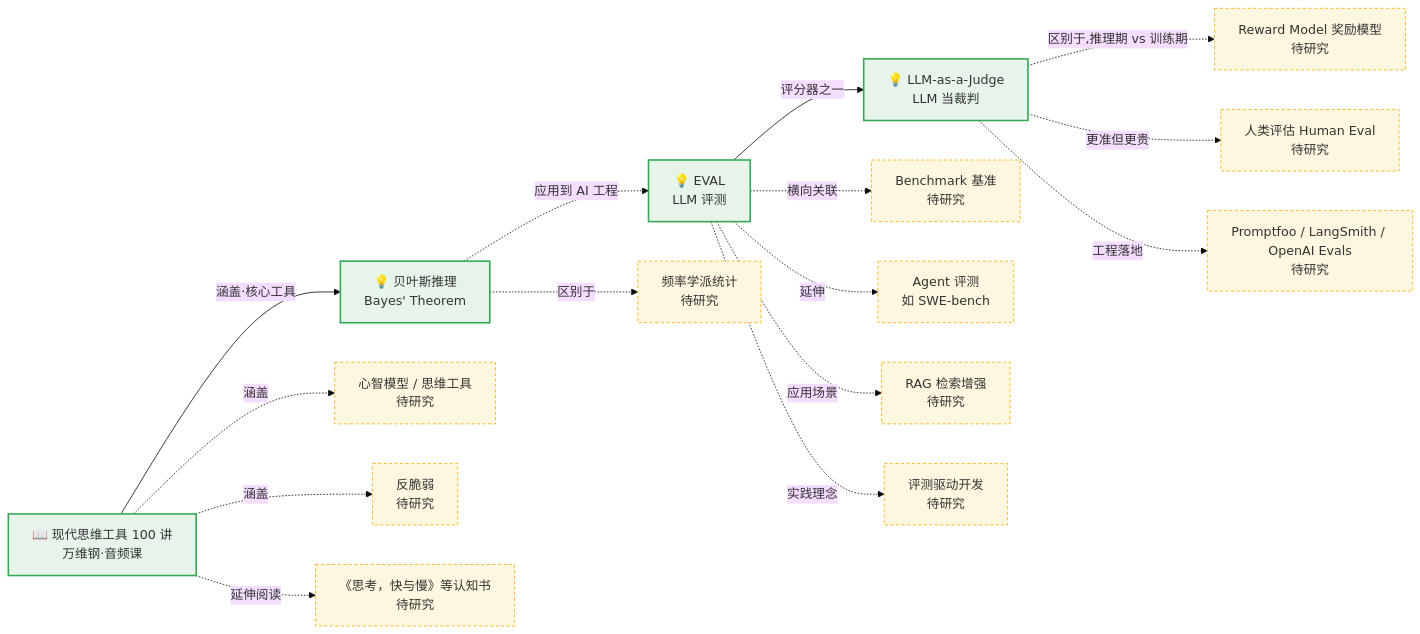
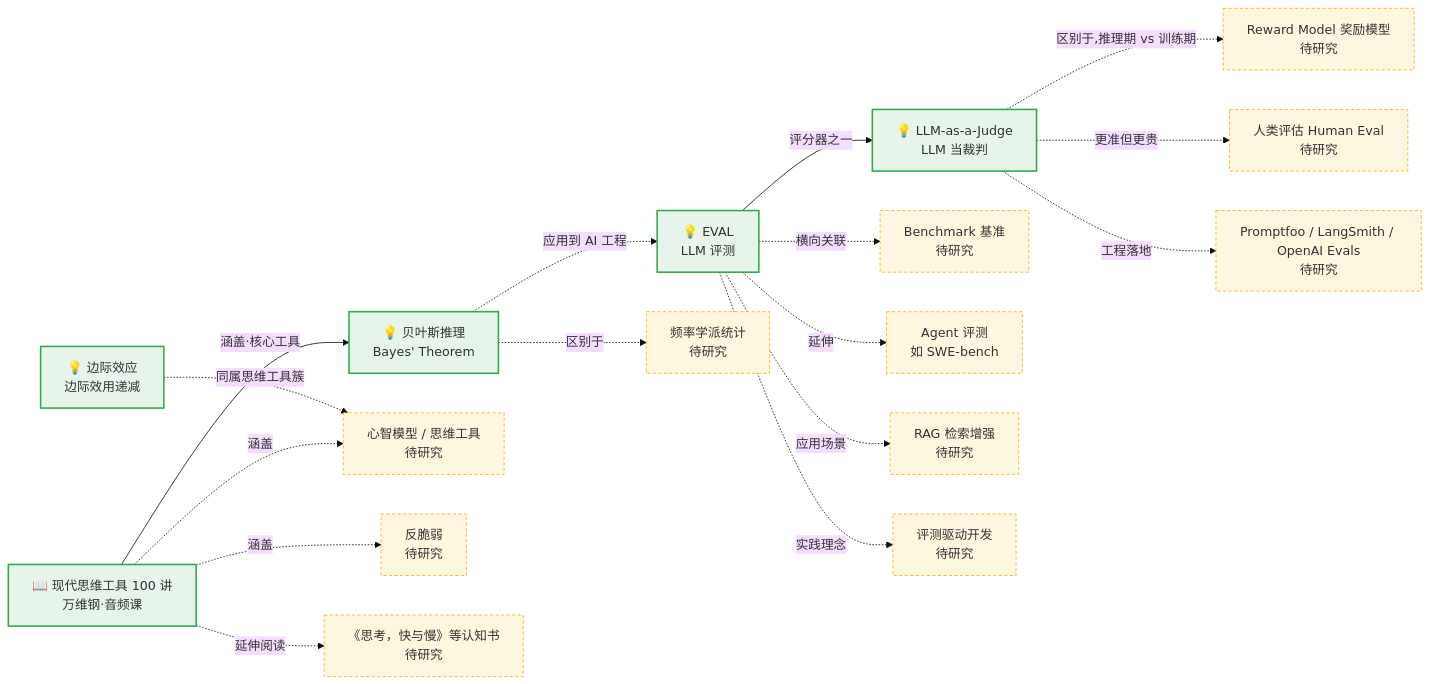
One commit to 1739467001-svg/info-search changed the diagram in relations.md. Above: the diagram before and after it, drawn with Mermaid (base theme). The commit also changed other lines of this file and 2 other files, not shown here.

Commit message:
docs: 新增《边际效应》概念解读，入图谱（思维工具簇）

````diff
--- a/relations.md
+++ b/relations.md
@@ -7,29 +7,31 @@
 ```mermaid
 graph LR
     EVAL["💡 EVAL<br/>LLM 评测"]:::done
     J["💡 LLM-as-a-Judge<br/>LLM 当裁判"]:::done
     BOOK["📖 现代思维工具 100 讲<br/>万维钢·音频课"]:::done
     BAY["💡 贝叶斯推理<br/>Bayes' Theorem"]:::done
 
     EVAL -->|评分器之一| J
     BAY -.->|区别于| FREQ["频率学派统计<br/>待研究"]
     J -.->|区别于,推理期 vs 训练期| RM["Reward Model 奖励模型<br/>待研究"]
     J -.->|更准但更贵| HMAN["人类评估 Human Eval<br/>待研究"]
     EVAL -.->|横向关联| BENCH["Benchmark 基准<br/>待研究"]
     EVAL -.->|延伸| AGENT["Agent 评测<br/>如 SWE-bench"]
     EVAL -.->|应用场景| RAG["RAG 检索增强<br/>待研究"]
     EVAL -.->|实践理念| EDD["评测驱动开发<br/>待研究"]
     J -.->|工程落地| TOOL["Promptfoo / LangSmith / OpenAI Evals<br/>待研究"]
 
     BOOK -->|涵盖·核心工具| BAY
     BOOK -.->|涵盖| FWK["心智模型 / 思维工具<br/>待研究"]
     BOOK -.->|涵盖| ANTF["反脆弱<br/>待研究"]
     BOOK -.->|延伸阅读| TBOOK["《思考，快与慢》等认知书<br/>待研究"]
+    BIAN["💡 边际效应<br/>边际效用递减"]:::done
+    BIAN -.->|同属思维工具簇| FWK
     BAY -.->|应用到 AI 工程| EVAL
 
     classDef done fill:#e6f4ea,stroke:#34a853,stroke-width:2px;
     classDef td fill:#fef7e0,stroke:#f9ab00,stroke-width:1px,stroke-dasharray: 4 3;
-    class EVAL,J,BOOK,BAY done;
+    class EVAL,J,BOOK,BAY,BIAN done;
     class FREQ,RM,HMAN,BENCH,AGENT,RAG,EDD,TOOL td;
     class FWK,ANTF,TBOOK td;
 ```
````
